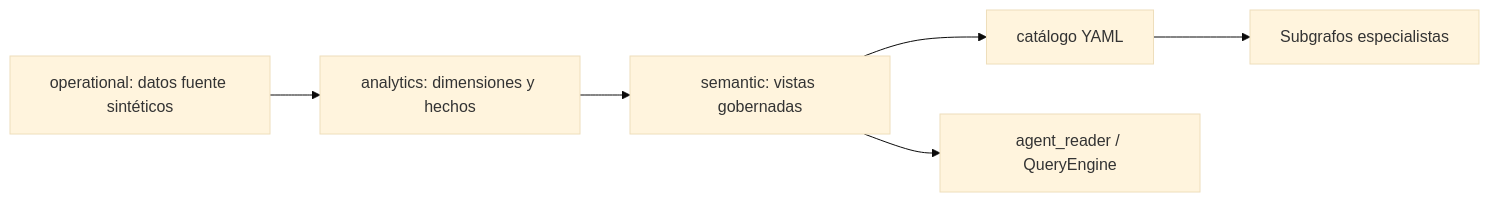
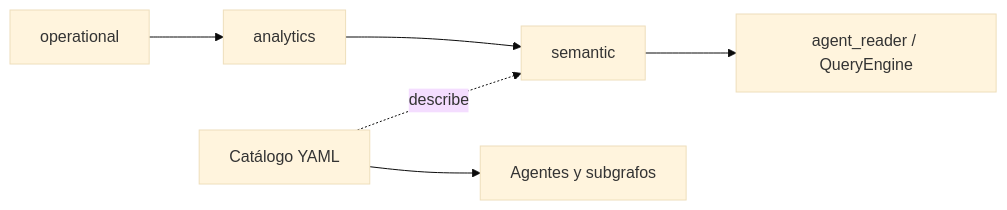
The second of 2 diagrams in README.md (edgarrth/multiagente-sql-reporter), drawn with Mermaid (base theme) before and after one commit. The commit also changed other lines of this file and 35 other files, not shown here.

````diff
--- a/README.md
+++ b/README.md
@@ -370,8 +454,8 @@
 ```mermaid
 flowchart LR
-    O[operational: datos fuente sintéticos] --> A[analytics: dimensiones y hechos]
-    A --> S[semantic: vistas gobernadas]
-    S --> C[catálogo YAML]
-    C --> AG[Subgrafos especialistas]
+    O[operational] --> A[analytics]
+    A --> S[semantic]
     S --> QE[agent_reader / QueryEngine]
+    C[Catálogo YAML] --> AG[Agentes y subgrafos]
+    C -. describe .-> S
 ```
````
